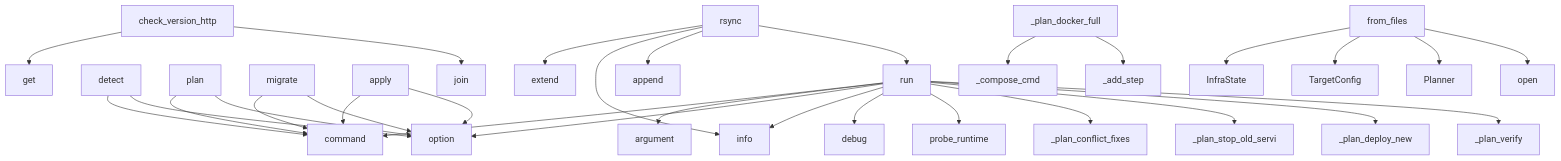
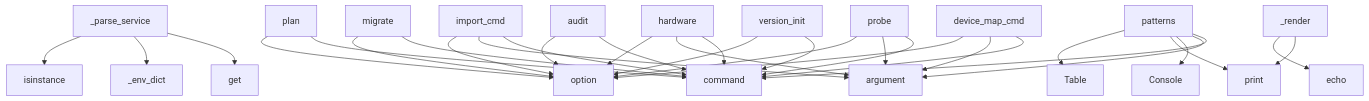
The diagram in project/context.md (maskservice/redeploy), drawn with Mermaid before and after one commit. The commit also changed other lines of this file and 19 other files, not shown here.

````diff
--- a/project/context.md
+++ b/project/context.md
@@ -398,33 +694,33 @@
 ```mermaid
 graph TD
-    run --> command
-    run --> argument
-    run --> option
-    detect --> command
-    detect --> option
+    _parse_service --> get
+    _parse_service --> _env_dict
+    _parse_service --> isinstance
+    device_map_cmd --> command
+    device_map_cmd --> argument
+    device_map_cmd --> option
+    version_init --> command
+    version_init --> option
+    _render --> print
+    _render --> echo
+    audit --> command
+    audit --> option
+    probe --> command
+    probe --> argument
+    probe --> option
+    patterns --> command
+    patterns --> argument
+    patterns --> Console
+    patterns --> print
+    patterns --> Table
+    hardware --> command
+    hardware --> argument
+    hardware --> option
+    import_cmd --> command
+    import_cmd --> argument
+    import_cmd --> option
+    migrate --> command
+    migrate --> option
     plan --> command
     plan --> option
-    migrate --> command
-    migrate --> option
-    run --> info
-    run --> debug
-    run --> probe_runtime
-    apply --> command
-    apply --> option
-    check_version_http --> get
-    check_version_http --> join
-    rsync --> extend
-    rsync --> info
-    rsync --> append
-    rsync --> run
-    run --> _plan_conflict_fixes
-    run --> _plan_stop_old_servi
-    run --> _plan_deploy_new
-    run --> _plan_verify
-    _plan_docker_full --> _compose_cmd
-    _plan_docker_full --> _add_step
-    from_files --> InfraState
-    from_files --> TargetConfig
-    from_files --> Planner
-    from_files --> open
 ```
````
